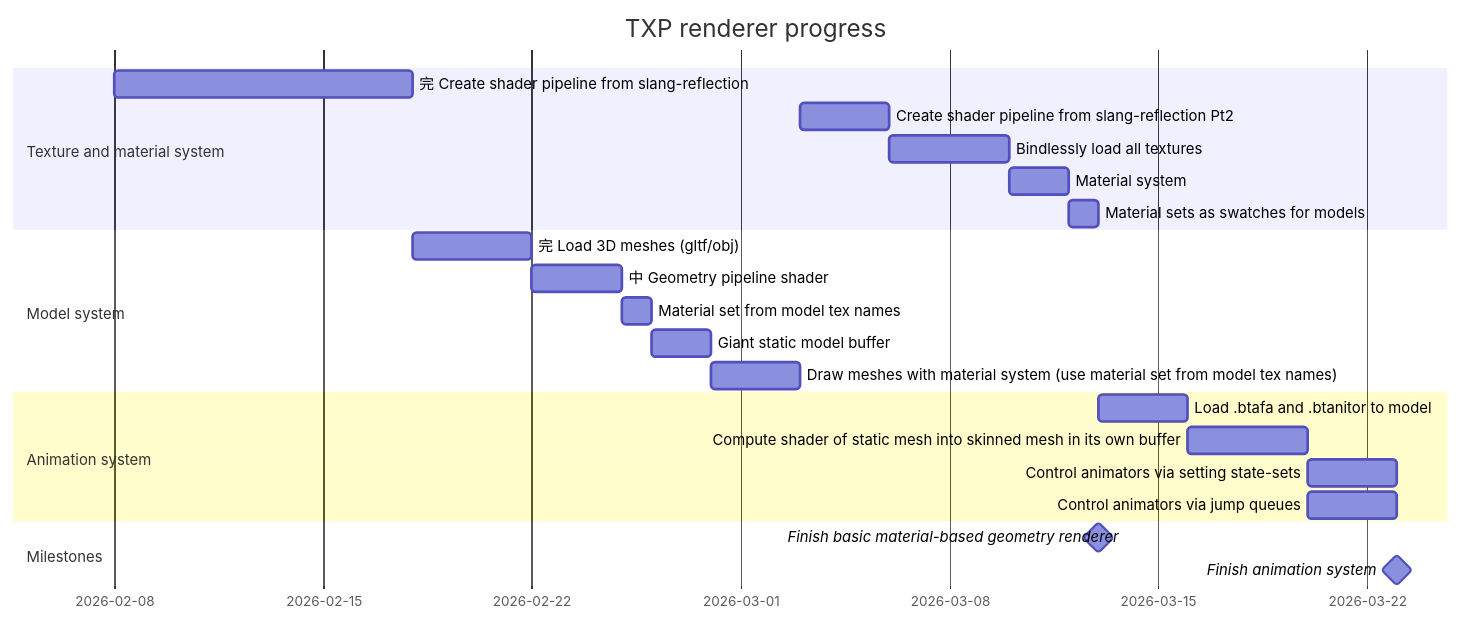
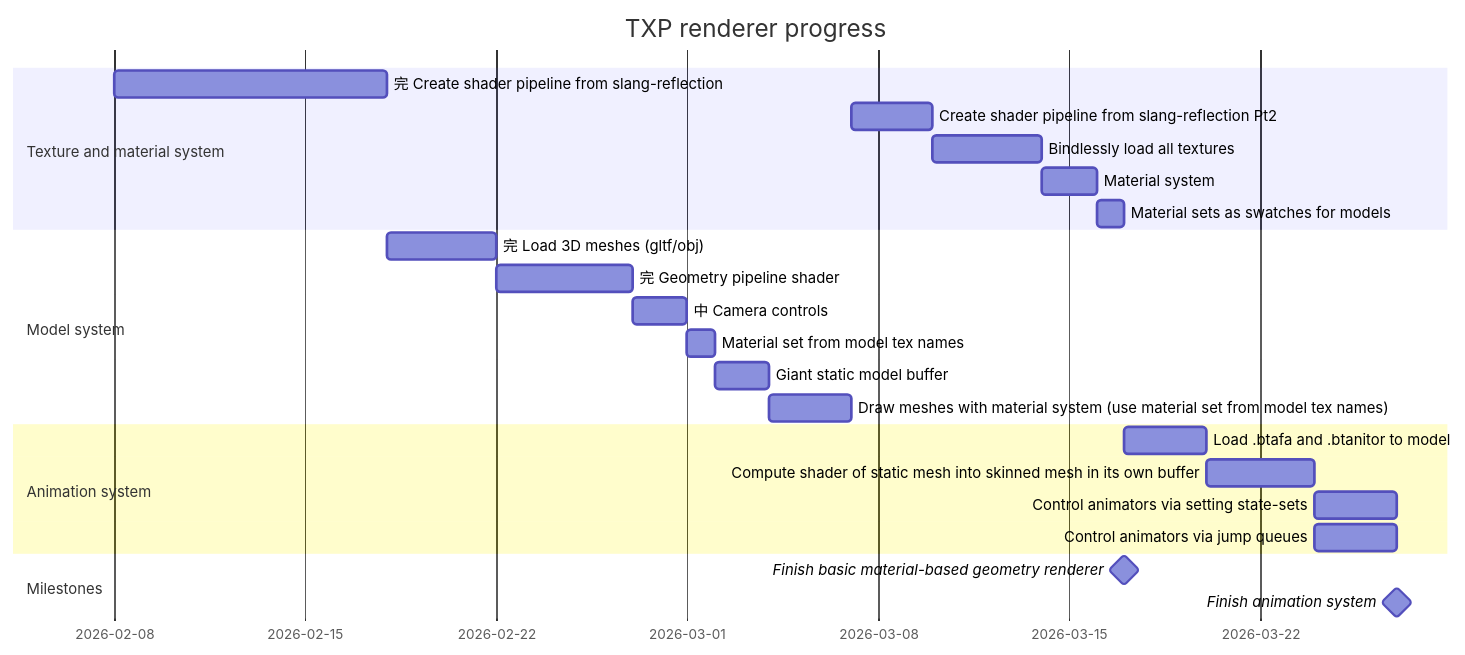
The second of 3 diagrams in README.md (TheaGal/TXP_renderer), drawn with Mermaid before and after one commit. The commit also changed 1 other file, not shown here.

Commit message:
plan next steps (camera mvt)

````diff
--- a/README.md
+++ b/README.md
@@ -95,25 +95,26 @@
 ```mermaid
 gantt
     title TXP renderer progress
     dateFormat YYYY/MM/DD
     section Texture and material system
         完 Create shader pipeline from slang-reflection  : a1, 2026/02/08, 10d
         Create shader pipeline from slang-reflection Pt2  : a1_1, after a8, 3d
         Bindlessly load all textures          : a2, after a1_1, 4d
         Material system                       : a3, after a2, 2d
         Material sets as swatches for models  : a4, after a3, 1d
     section Model system
         完 Load 3D meshes (gltf/obj)         : a5, after a1, 4d
-        中 Geometry pipeline shader          : a5_1, after a5, 3d
-        Material set from model tex names : a6, after a5_1, 1d
+        完 Geometry pipeline shader          : a5_1, after a5, 5d
+        中 Camera controls                  : a5_2, after a5_1, 2d
+        Material set from model tex names : a6, after a5_2, 1d
         Giant static model buffer         : a7, after a6, 2d
         Draw meshes with material system (use material set from model tex names)  : a8, after a7, 3d
     section Animation system
         Load .btafa and .btanitor to model : a9, after m1, 3d
         Compute shader of static mesh into skinned mesh in its own buffer : a10, after a9, 4d
         Control animators via setting state-sets : a11, after a10, 3d
         Control animators via jump queues : a12, after a10, 3d
     section Milestones
         Finish basic material-based geometry renderer : milestone, m1, after a4, 0d
         Finish animation system : milestone, m2, after a12, 0d
 ```
````
